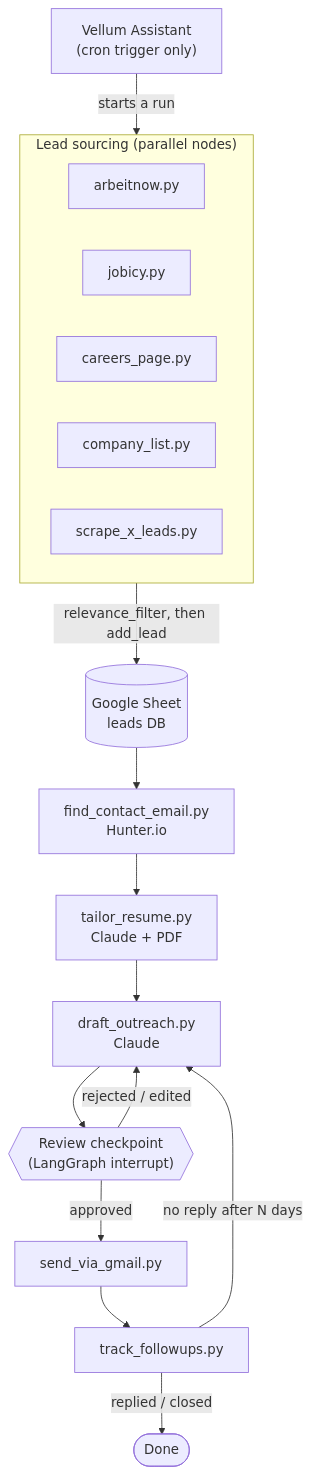
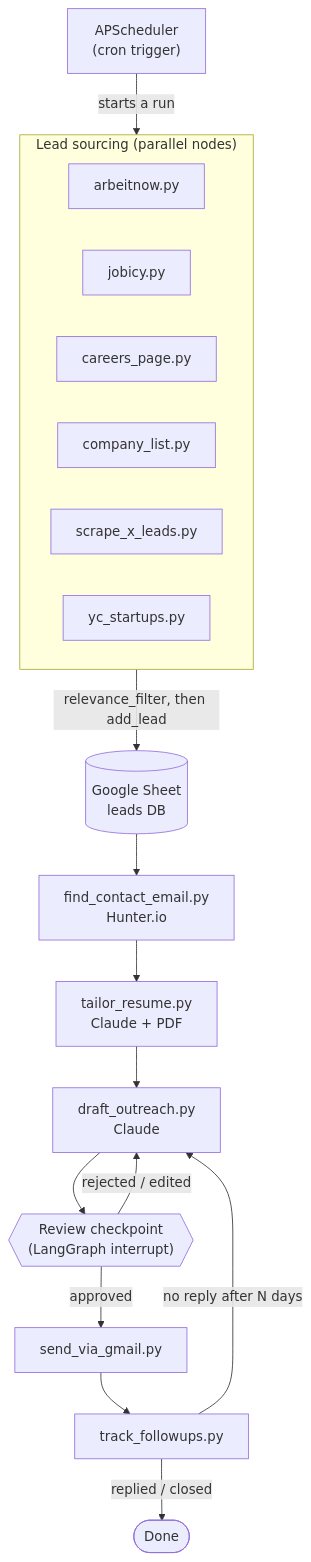
Before and after one commit to swap5114/Auto_job_apply: the first of 3 diagrams in Readme.md, drawn with Mermaid. The commit also changed other lines of this file and 5 other files, not shown here.

First line of the commit message:
Phase 10b complete: APScheduler cron trigger for the pipeline

````diff
--- a/Readme.md
+++ b/Readme.md
@@ -38,26 +38,27 @@
 ```mermaid
 flowchart TD
-    Vellum["Vellum Assistant\n(cron trigger only)"] -->|starts a run| Scrape
+    Scheduler["APScheduler\n(cron trigger)"] -->|starts a run| Scrape
 
     subgraph Scrape["Lead sourcing (parallel nodes)"]
         A1[arbeitnow.py]
         A2[jobicy.py]
         A3[careers_page.py]
         A4[company_list.py]
         A5[scrape_x_leads.py]
+        A6[yc_startups.py]
     end
 
     Scrape -->|relevance_filter, then add_lead| Sheet[(Google Sheet\nleads DB)]
 
     Sheet --> FCE[find_contact_email.py\nHunter.io]
     FCE --> TR[tailor_resume.py\nClaude + PDF]
     TR --> DO[draft_outreach.py\nClaude]
     DO --> Review{{"Review checkpoint\n(LangGraph interrupt)"}}
 
     Review -->|approved| Send[send_via_gmail.py]
     Review -->|rejected / edited| DO
 
     Send --> Track[track_followups.py]
     Track -->|no reply after N days| DO
     Track -->|replied / closed| Done([Done])
 ```
````
